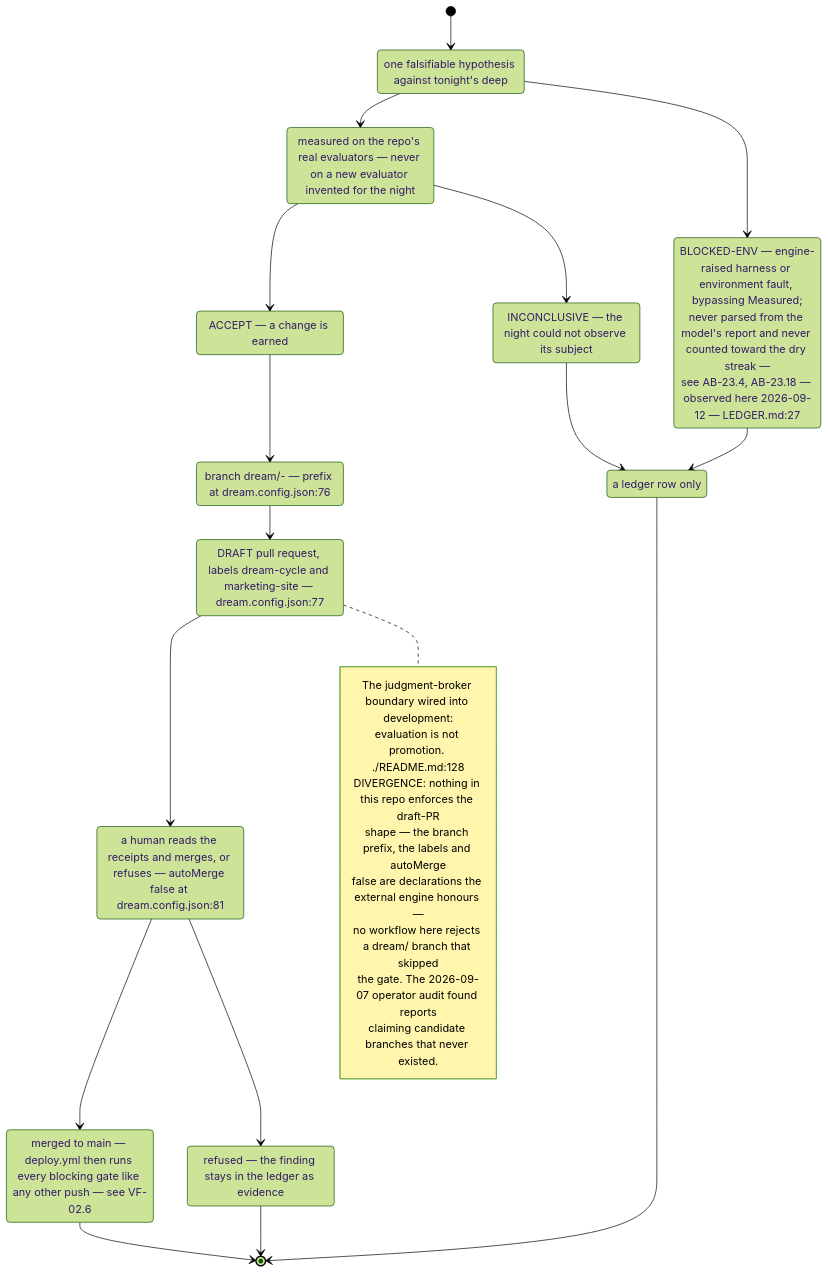
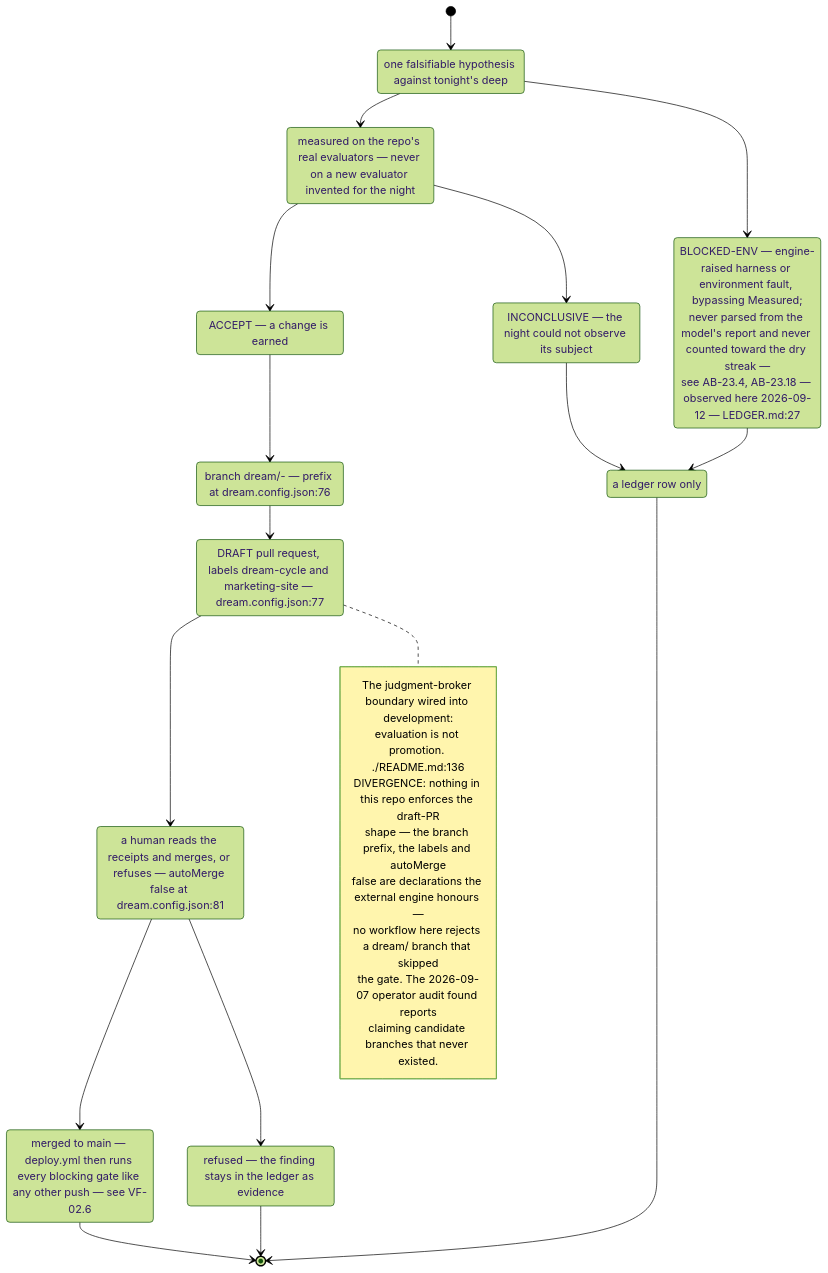
One commit to DreamLab-AI/VisionFlow changed the eighth of 9 diagrams in docs/diagrams/visionflow/04-dream-cycle-integration.md. Above: the diagram before and after it, drawn with Mermaid (forest theme). The commit also changed other lines of this file and 94 other files, not shown here.

First line of the commit message:
docs(diagrams): re-verify 130 topics against 2 October HEADs

````diff
--- a/docs/diagrams/visionflow/04-dream-cycle-integration.md
+++ b/docs/diagrams/visionflow/04-dream-cycle-integration.md
@@ -239,40 +244,40 @@
 ```mermaid
 stateDiagram-v2
     direction TB
     [*] --> Hypothesis
     state "one falsifiable hypothesis against tonight's deep" as Hypothesis
     Hypothesis --> Measured
     Hypothesis --> BlockedEnv
     state "measured on the repo's real evaluators — never on a new evaluator invented for the night" as Measured
     Measured --> Accept
     Measured --> Inconclusive
     state "ACCEPT — a change is earned" as Accept
     state "INCONCLUSIVE — the night could not observe its subject" as Inconclusive
     state "BLOCKED-ENV — engine-raised harness or environment fault, bypassing Measured;<br/>never parsed from the model's report and never counted toward the dry streak —<br/>see AB-23.4, AB-23.18 — observed here 2026-09-12 — LEDGER.md:27" as BlockedEnv
     BlockedEnv --> LedgerOnly
     Accept --> Branch
     state "branch dream/<deep>-<date> — prefix at dream.config.json:76" as Branch
     Branch --> Draft
     state "DRAFT pull request, labels dream-cycle and marketing-site — dream.config.json:77" as Draft
     Draft --> Human
     state "a human reads the receipts and merges, or refuses — autoMerge false at dream.config.json:81" as Human
     Human --> Merged
     Human --> Refused
     state "merged to main — deploy.yml then runs every blocking gate like any other push — see VF-02.6" as Merged
     state "refused — the finding stays in the ledger as evidence" as Refused
     Inconclusive --> LedgerOnly
     state "a ledger row only" as LedgerOnly
     Merged --> [*]
     Refused --> [*]
     LedgerOnly --> [*]
     note right of Draft
       The judgment-broker boundary wired into development:
-      evaluation is not promotion. ./README.md:128
+      evaluation is not promotion. ./README.md:136
       DIVERGENCE: nothing in this repo enforces the draft-PR
       shape — the branch prefix, the labels and autoMerge
       false are declarations the external engine honours —
       no workflow here rejects a dream/ branch that skipped
       the gate. The 2026-09-07 operator audit found reports
       claiming candidate branches that never existed.
     end note
 ```
````
